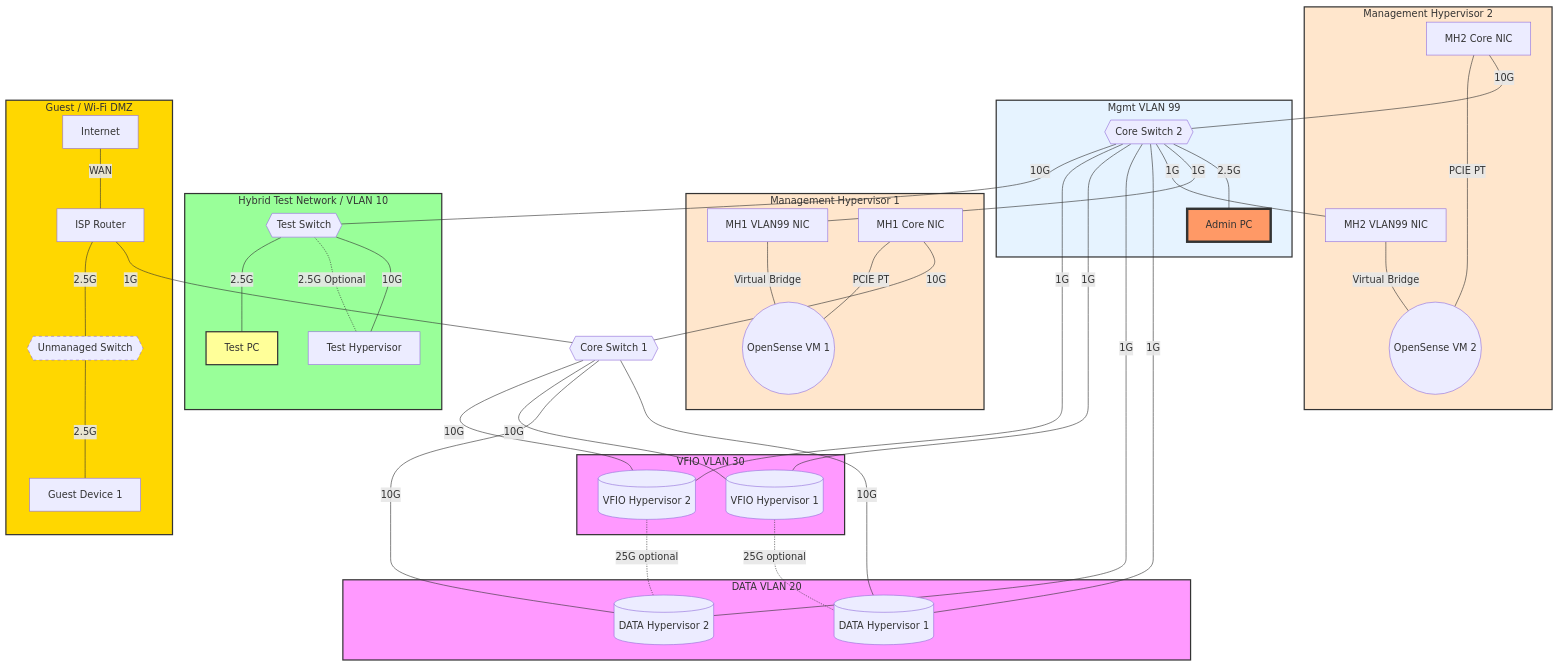
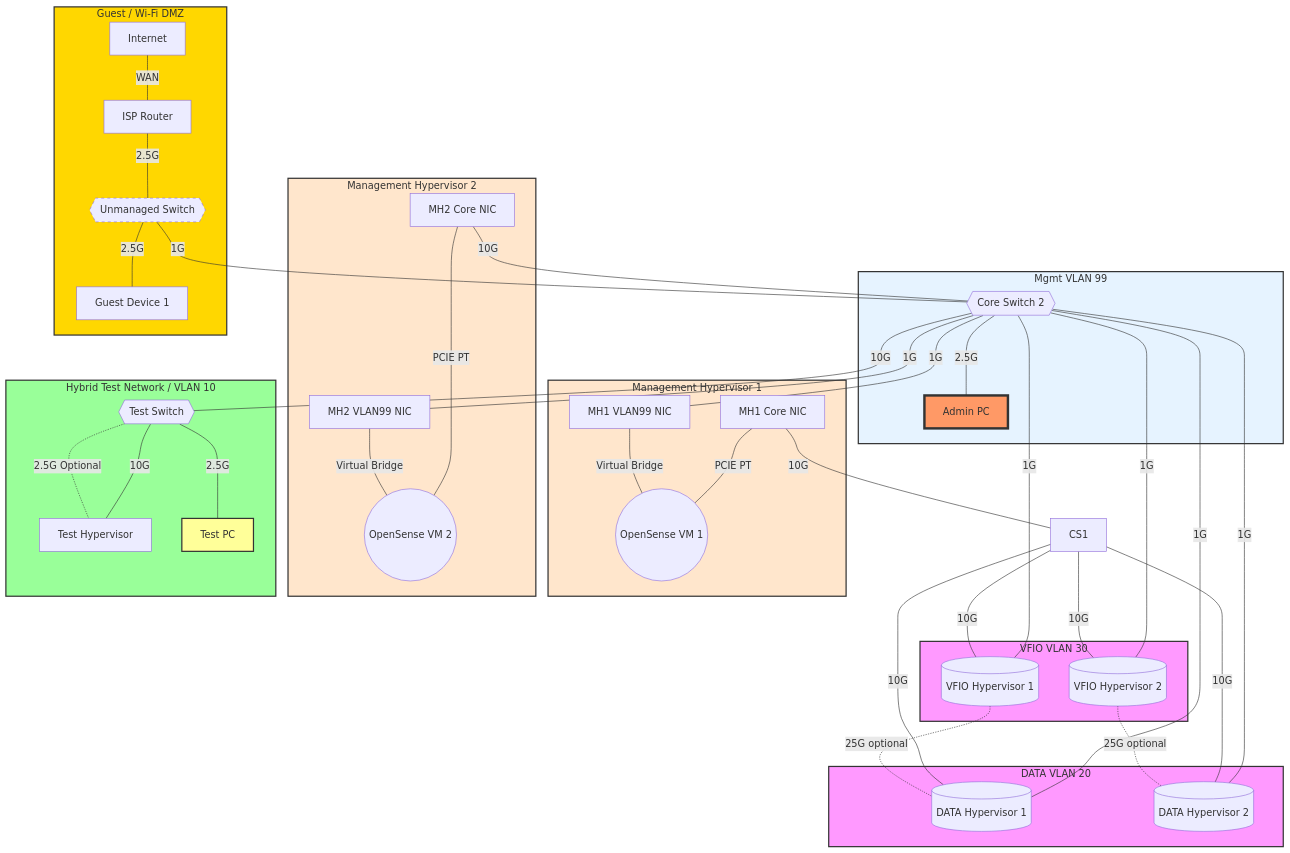
The diagram in alp/netop6.1.md (woeiru/lab), drawn with Mermaid before and after one commit.

````diff
--- a/alp/netop6.1.md
+++ b/alp/netop6.1.md
@@ -3,75 +3,75 @@
 ```mermaid
 graph TD
     INT[Internet] --- |WAN| ISPR[ISP Router]
-    ISPR --- |"1G"| CS1{{Core Switch 1}}
+    US --- |"1G"| CS2{{Core Switch 2}}
     ISPR ---|"2.5G"| US{{Unmanaged Switch}}
     US ---|"2.5G"| GD[Guest Device 1]
     CS2{{Core Switch 2}} ---|"2.5G"| AP[Admin PC]
     CS2 ---|"1G"| MH1NIC3[MH1 VLAN99 NIC]
     CS2 ---|"1G"| MH2NIC3[MH2 VLAN99 NIC]
     CS2 ---|"1G"| DH1
     CS2 ---|"1G"| DH2
     CS2 ---|"1G"| VH1
     CS2 ---|"1G"| VH2
     MH1NIC2[MH1 Core NIC] ---|"10G"| CS1
     MH2NIC2[MH2 Core NIC] ---|"10G"| CS2
     CS1 ---|"10G"| DH1[(DATA Hypervisor 1)]
     CS1 ---|"10G"| DH2[(DATA Hypervisor 2)]
     CS1 ---|"10G"| VH1[(VFIO Hypervisor 1)]
     CS1 ---|"10G"| VH2[(VFIO Hypervisor 2)]
     VH1 -.-|"25G optional"| DH1
     VH2 -.-|"25G optional"| DH2
     CS2 ---|"10G"| TS{{Test Switch}}
     TS ---|"10G"| TH[Test Hypervisor]
     TS -.-|"2.5G Optional"| TH
     TS ---|"2.5G"| TM[Test PC]
     subgraph MH1[Management Hypervisor 1]
         MH1NIC2 ---|"PCIE PT"| OPN1((OpenSense VM 1))
         MH1NIC3 ---|"Virtual Bridge"| OPN1
     end
     subgraph MH2[Management Hypervisor 2]
         MH2NIC2 ---|"PCIE PT"| OPN2((OpenSense VM 2))
         MH2NIC3 ---|"Virtual Bridge"| OPN2
     end
     subgraph VLAN20 [DATA VLAN 20]
         DH1
         DH2
     end
     subgraph VLAN30 [VFIO VLAN 30]
         VH1
         VH2
     end
     subgraph VLAN10 [Hybrid Test Network / VLAN 10]
         TS
         TH
         TM
     end
     subgraph VLAN99 [Mgmt VLAN 99]
         CS2
         AP
         MH1NIC3
         MH2NIC3
     end
     subgraph Guest [Guest / Wi-Fi DMZ]
         INT
         ISPR
         US
         GD
     end
     classDef vlan fill:#f9f,stroke:#333,stroke-width:2px;
     class VLAN20,VLAN30 vlan;
     classDef vlan99 fill:#e6f3ff,stroke:#333,stroke-width:2px;
     class VLAN99 vlan99;
     classDef hybridtestnet fill:#9f9,stroke:#333,stroke-width:2px;
     class VLAN10 hybridtestnet;
     classDef mghypervisor fill:#ffe6cc,stroke:#333,stroke-width:2px;
     class MH1,MH2 mghypervisor;
     classDef optional stroke-dasharray: 5 5;
     class US optional;
     classDef adminpc fill:#f96,stroke:#333,stroke-width:4px;
     class AP adminpc;
     classDef testmachine fill:#ff9,stroke:#333,stroke-width:2px;
     class TM testmachine;
     classDef dmz fill:#ffd700,stroke:#333,stroke-width:2px;
     class Guest dmz;
 ```
````
